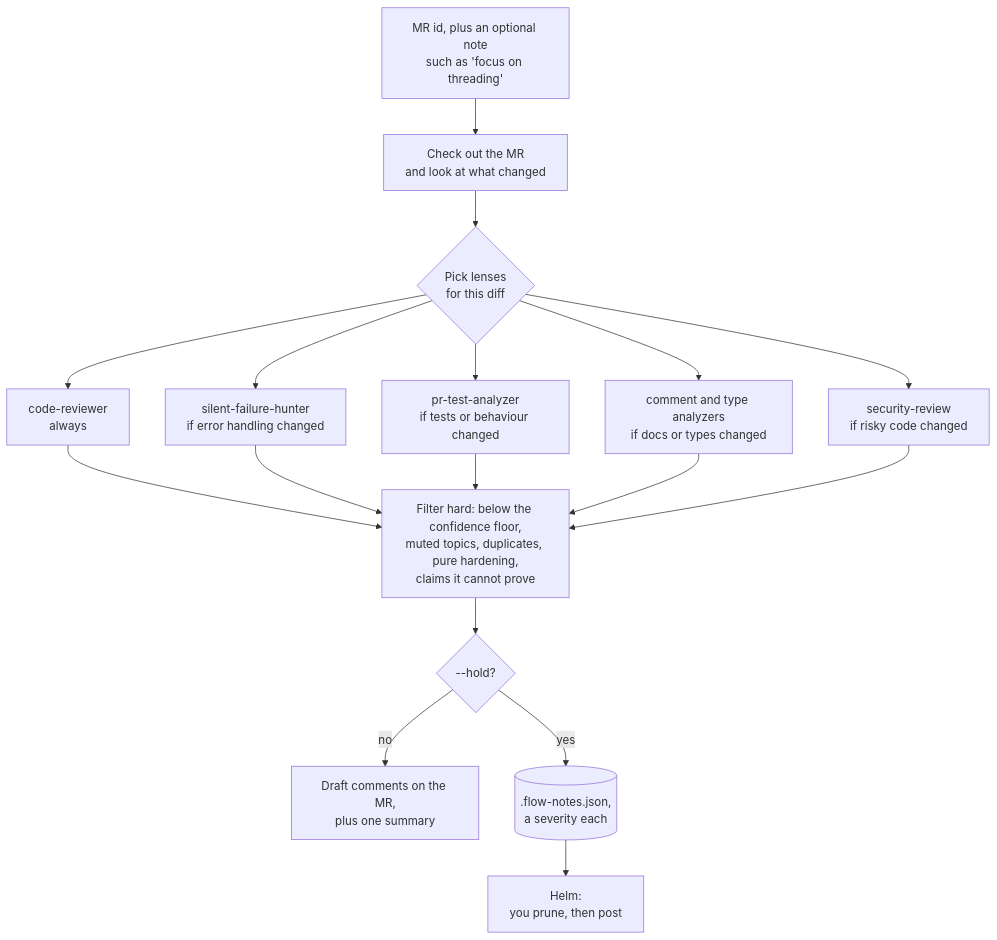
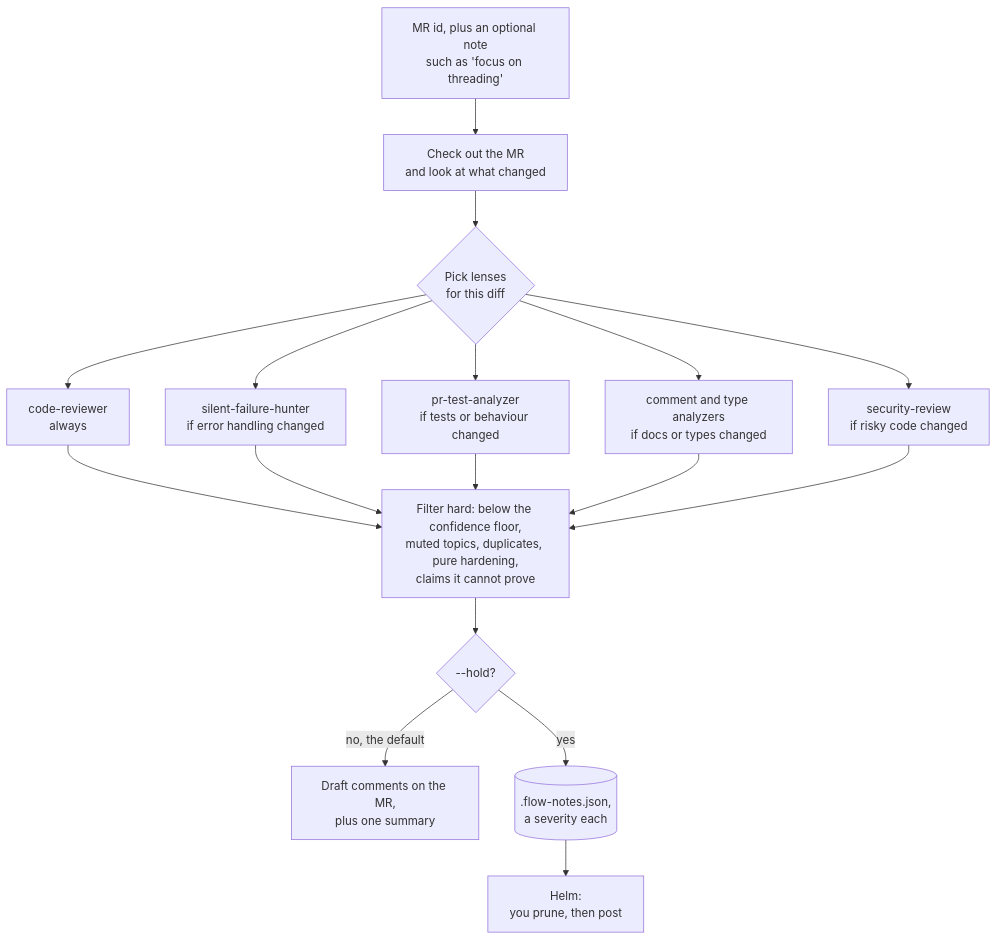
One commit to MarkusVGJensen/flow changed the fifth of 5 diagrams in README.md. Above: the diagram before and after it, drawn with Mermaid. The commit also changed other lines of this file and 2 other files, not shown here.

Commit message:
flow 0.6.3: review-mr posts by default; a posted review's copy is .flow-notes.posted.json
Only a --hold review writes .flow-notes.json, the file Helm reads as comments waiting to be posted, so Helm never offers to post a review's comments twice.

````diff
--- a/README.md
+++ b/README.md
@@ -545,15 +545,15 @@
 ```mermaid
 flowchart TD
   M["MR id, plus an optional note<br/>such as 'focus on threading'"] --> W["Check out the MR<br/>and look at what changed"]
   W --> S{"Pick lenses<br/>for this diff"}
   S --> L1["code-reviewer<br/>always"]
   S --> L2["silent-failure-hunter<br/>if error handling changed"]
   S --> L3["pr-test-analyzer<br/>if tests or behaviour changed"]
   S --> L4["comment and type analyzers<br/>if docs or types changed"]
   S --> L5["security-review<br/>if risky code changed"]
   L1 & L2 & L3 & L4 & L5 --> F["Filter hard: below the confidence floor,<br/>muted topics, duplicates, pure hardening,<br/>claims it cannot prove"]
   F --> D{"--hold?"}
-  D -- "no" --> P["Draft comments on the MR,<br/>plus one summary"]
+  D -- "no, the default" --> P["Draft comments on the MR,<br/>plus one summary"]
   D -- "yes" --> H[(".flow-notes.json,<br/>a severity each")]
   H --> FE["Helm:<br/>you prune, then post"]
 ```
````
